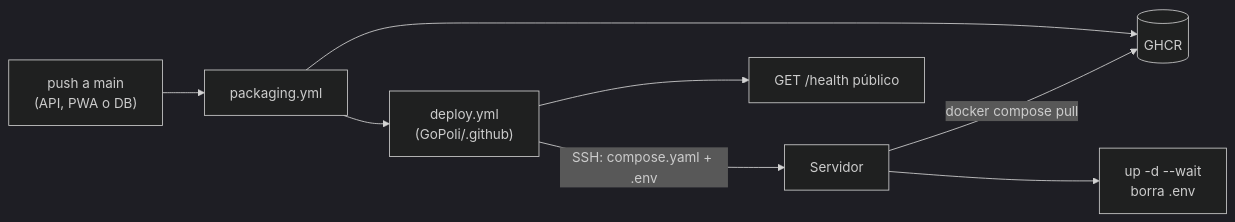
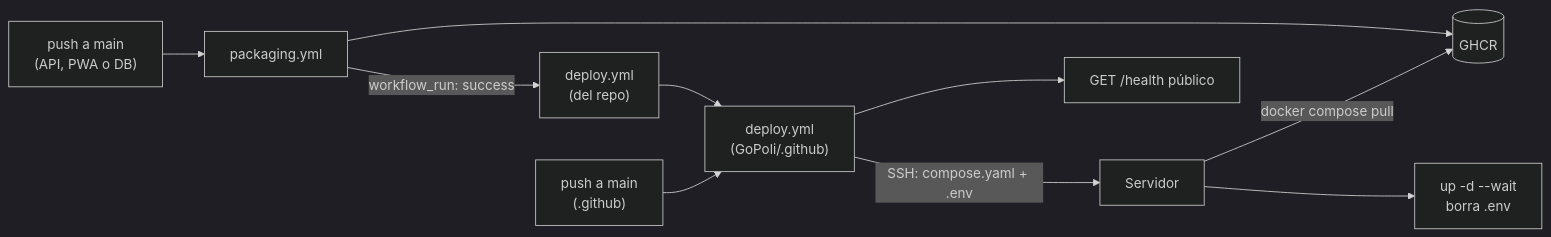
Before and after one commit to GoPoli/.github: the second of 2 diagrams in docs/CI_CD.md, drawn with Mermaid (dark theme). The commit also changed other lines of this file and 2 other files, not shown here.

Commit message:
Despliega la app completa con cada push a main y desde el workflow de cada repositorio.

````diff
--- a/docs/CI_CD.md
+++ b/docs/CI_CD.md
@@ -140,13 +143,12 @@
 ```mermaid
 flowchart LR
-  push["push a main
-(API, PWA o DB)"] --> pkg["packaging.yml"]
+  push["push a main<br/>(API, PWA o DB)"] --> pkg["packaging.yml"]
   pkg --> ghcr[("GHCR")]
-  pkg --> deploy["deploy.yml
-(GoPoli/.github)"]
+  pkg -->|"workflow_run: success"| caller["deploy.yml<br/>(del repo)"]
+  caller --> deploy["deploy.yml<br/>(GoPoli/.github)"]
+  gh["push a main<br/>(.github)"] --> deploy
   deploy -->|"SSH: compose.yaml + .env"| server["Servidor"]
   server -->|"docker compose pull"| ghcr
-  server --> up["up -d --wait
-borra .env"]
+  server --> up["up -d --wait<br/>borra .env"]
   deploy --> health["GET /health público"]
 ```
````
